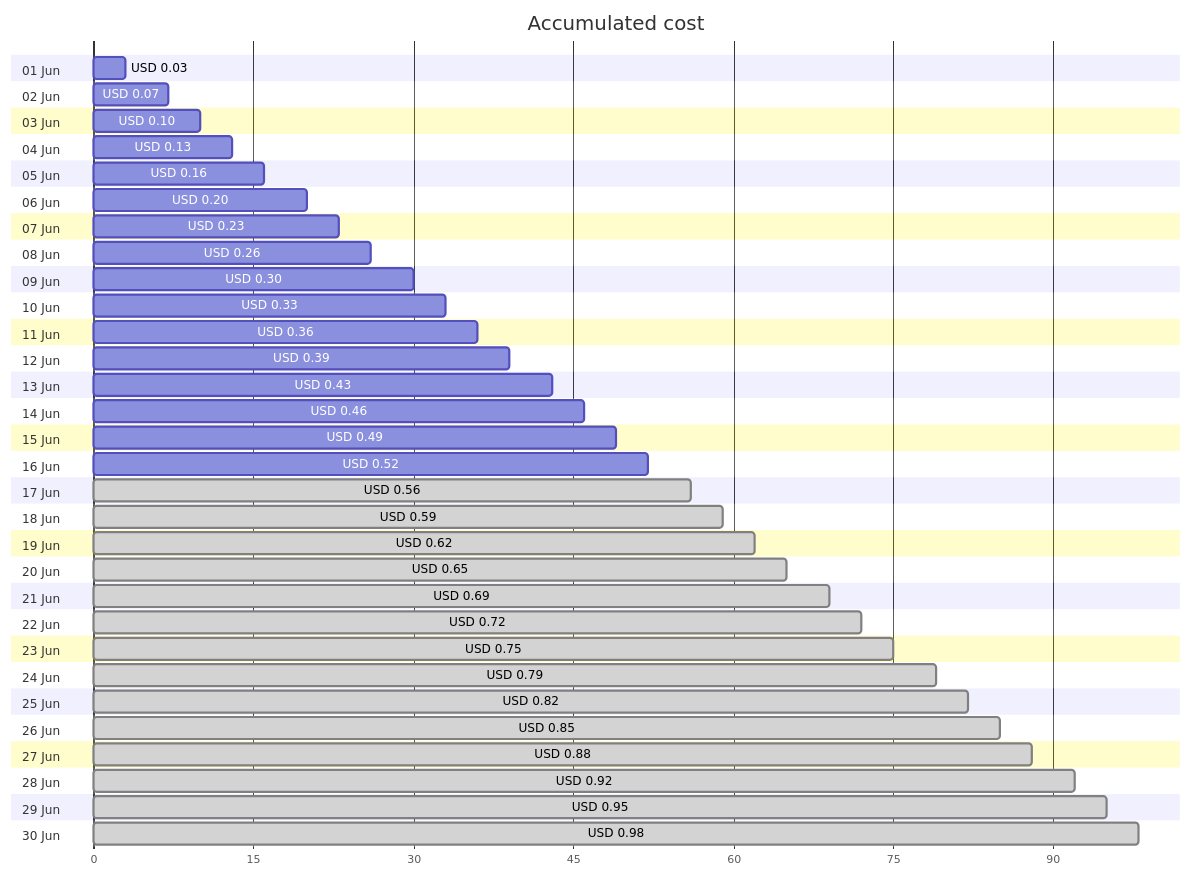
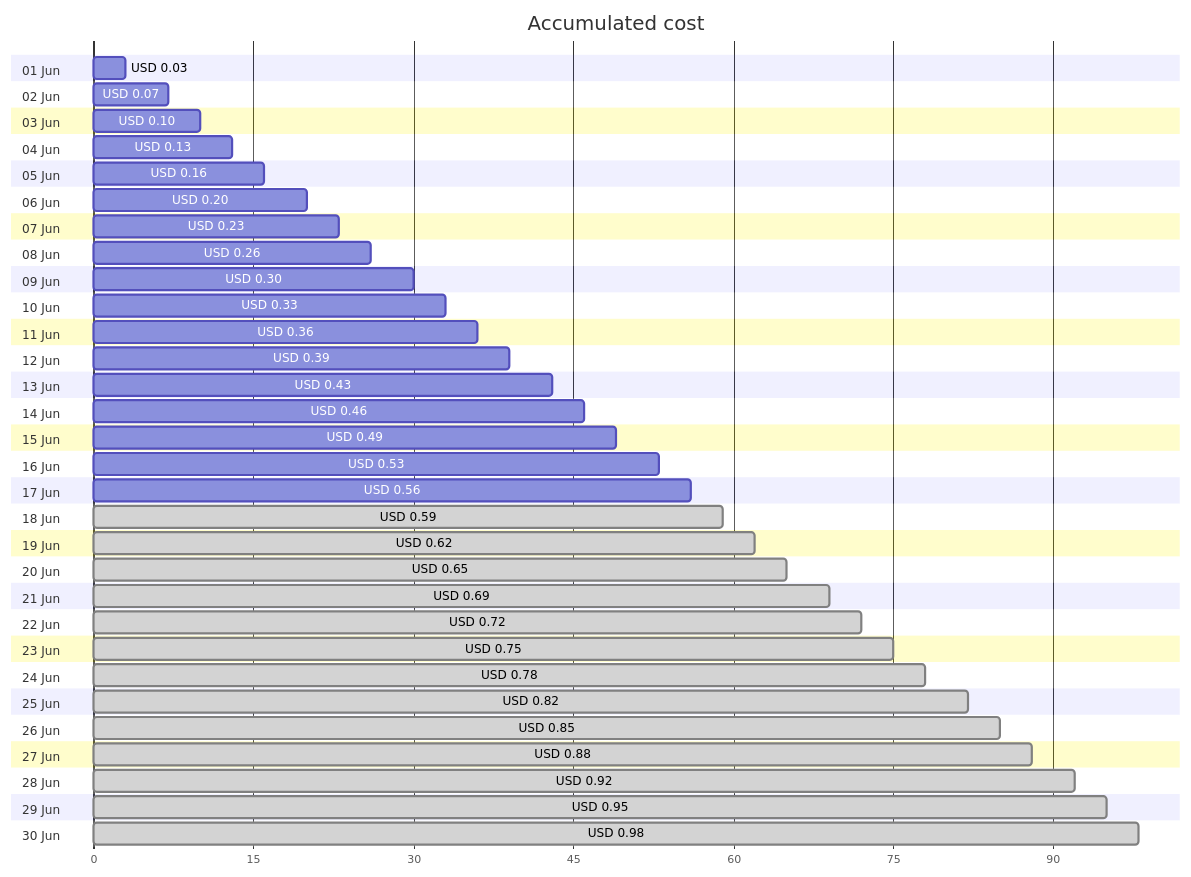
Before and after one commit to jpfulton/azure-personal-reports: the first of 4 diagrams in cost-reports/personal-dns/README.md, drawn with Mermaid. The commit also changed other lines of this file and 2 other files, not shown here.

````diff
--- a/cost-reports/personal-dns/README.md
+++ b/cost-reports/personal-dns/README.md
@@ -20,66 +20,66 @@
 ```mermaid
 gantt
    title Accumulated cost
    dateFormat  X
    axisFormat %s
    section 01 Jun
    USD 0.03 :0, 3
    section 02 Jun
    USD 0.07 :0, 7
    section 03 Jun
    USD 0.10 :0, 10
    section 04 Jun
    USD 0.13 :0, 13
    section 05 Jun
    USD 0.16 :0, 16
    section 06 Jun
    USD 0.20 :0, 20
    section 07 Jun
    USD 0.23 :0, 23
    section 08 Jun
    USD 0.26 :0, 26
    section 09 Jun
    USD 0.30 :0, 30
    section 10 Jun
    USD 0.33 :0, 33
    section 11 Jun
    USD 0.36 :0, 36
    section 12 Jun
    USD 0.39 :0, 39
    section 13 Jun
    USD 0.43 :0, 43
    section 14 Jun
    USD 0.46 :0, 46
    section 15 Jun
    USD 0.49 :0, 49
    section 16 Jun
-   USD 0.52 :0, 52
+   USD 0.53 :0, 53
    section 17 Jun
-   USD 0.56 : done, 0, 56
+   USD 0.56 :0, 56
    section 18 Jun
    USD 0.59 : done, 0, 59
    section 19 Jun
    USD 0.62 : done, 0, 62
    section 20 Jun
    USD 0.65 : done, 0, 65
    section 21 Jun
    USD 0.69 : done, 0, 69
    section 22 Jun
    USD 0.72 : done, 0, 72
    section 23 Jun
    USD 0.75 : done, 0, 75
    section 24 Jun
-   USD 0.79 : done, 0, 79
+   USD 0.78 : done, 0, 78
    section 25 Jun
    USD 0.82 : done, 0, 82
    section 26 Jun
    USD 0.85 : done, 0, 85
    section 27 Jun
    USD 0.88 : done, 0, 88
    section 28 Jun
    USD 0.92 : done, 0, 92
    section 29 Jun
    USD 0.95 : done, 0, 95
    section 30 Jun
    USD 0.98 : done, 0, 98
 ```
````
